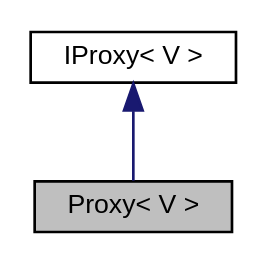
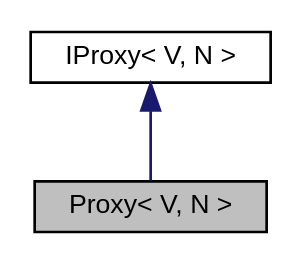
Before and after one commit to tantskii/matrix: the diagram in class_proxy__inherit__graph.dot, drawn with Graphviz. The commit also changed 95 other files, not shown here.

```diff
--- a/class_proxy__inherit__graph.dot
+++ b/class_proxy__inherit__graph.dot
@@ -1,8 +1,8 @@
-digraph "Proxy&lt; V &gt;"
+digraph "Proxy&lt; V, N &gt;"
 {
   edge [fontname="Helvetica",fontsize="10",labelfontname="Helvetica",labelfontsize="10"];
   node [fontname="Helvetica",fontsize="10",shape=record];
-  Node1 [label="Proxy\< V \>",height=0.2,width=0.4,color="black", fillcolor="grey75", style="filled", fontcolor="black"];
+  Node1 [label="Proxy\< V, N \>",height=0.2,width=0.4,color="black", fillcolor="grey75", style="filled", fontcolor="black"];
   Node2 -> Node1 [dir="back",color="midnightblue",fontsize="10",style="solid",fontname="Helvetica"];
-  Node2 [label="IProxy\< V \>",height=0.2,width=0.4,color="black", fillcolor="white", style="filled",URL="$class_i_proxy.html",tooltip="интерфейс проски класса "];
+  Node2 [label="IProxy\< V, N \>",height=0.2,width=0.4,color="black", fillcolor="white", style="filled",URL="$class_i_proxy.html",tooltip="интерфейс проски класса "];
 }
```
